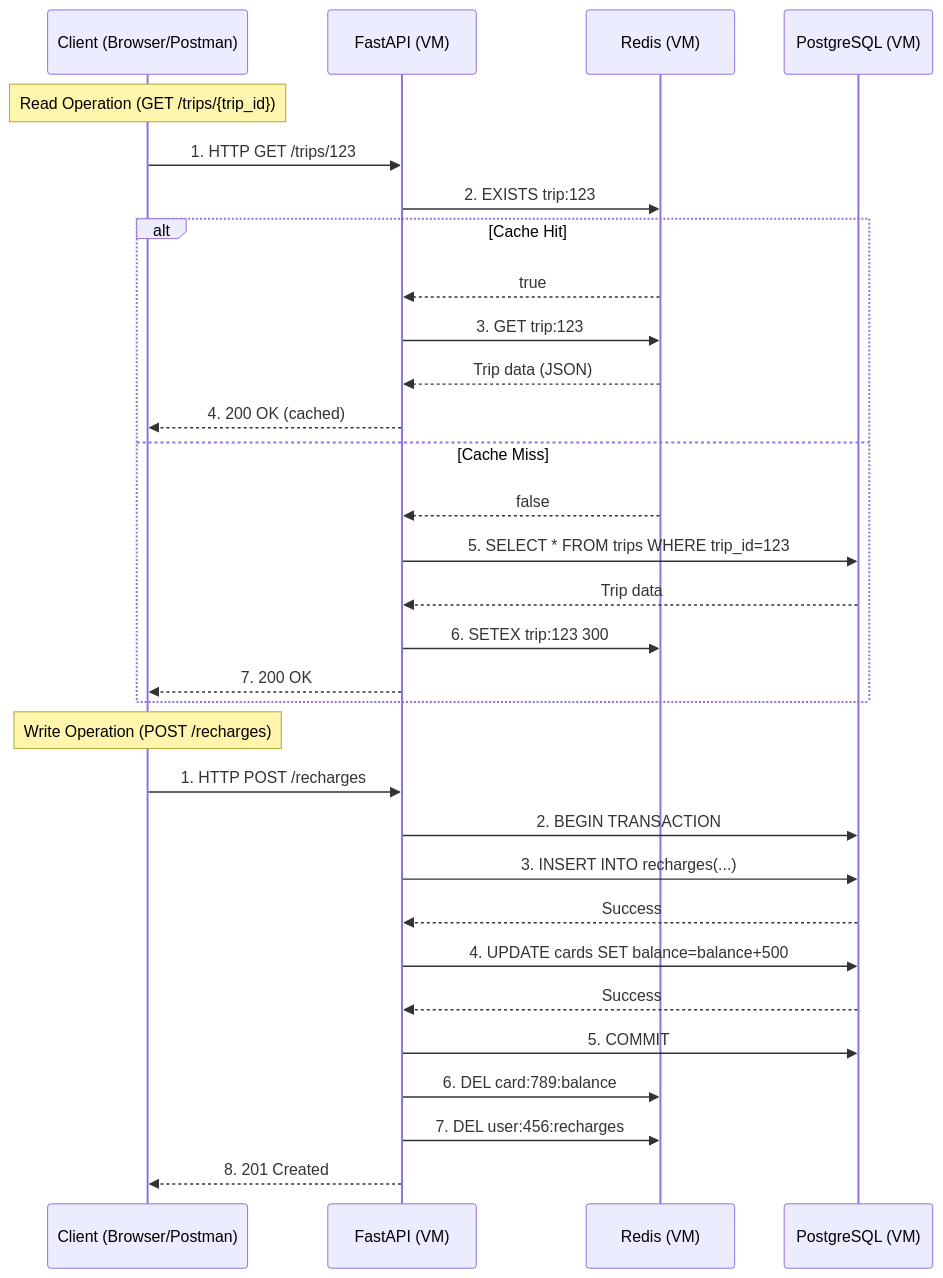
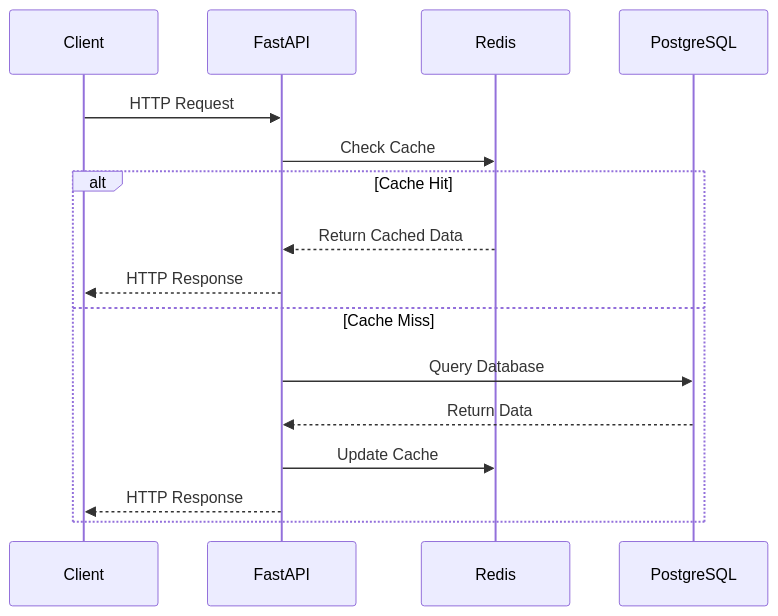
One commit to FreddyB200/sistema-recarga-viajes-backend changed the second of 2 diagrams in README.md. Above: the diagram before and after it, drawn with Mermaid. The commit also changed other lines of this file, not shown here.

````diff
--- a/README.md
+++ b/README.md
@@ -144,35 +64,19 @@
 ```mermaid
 sequenceDiagram
-    participant C as Client (Browser/Postman)
-    participant F as FastAPI (VM)
-    participant R as Redis (VM)
-    participant P as PostgreSQL (VM)
+    participant C as Client
+    participant F as FastAPI
+    participant R as Redis
+    participant P as PostgreSQL
 
-    Note over C: Read Operation (GET /trips/{trip_id})
-    C->>F: 1. HTTP GET /trips/123
-    F->>R: 2. EXISTS trip:123
+    C->>F: HTTP Request
+    F->>R: Check Cache
     alt Cache Hit
-        R-->>F: true
-        F->>R: 3. GET trip:123
-        R-->>F: Trip data (JSON)
-        F-->>C: 4. 200 OK (cached)
+        R-->>F: Return Cached Data
+        F-->>C: HTTP Response
     else Cache Miss
-        R-->>F: false
-        F->>P: 5. SELECT * FROM trips WHERE trip_id=123
-        P-->>F: Trip data
-        F->>R: 6. SETEX trip:123 300
-        F-->>C: 7. 200 OK
+        F->>P: Query Database
+        P-->>F: Return Data
+        F->>R: Update Cache
+        F-->>C: HTTP Response
     end
-
-    Note over C: Write Operation (POST /recharges)
-    C->>F: 1. HTTP POST /recharges
-    F->>P: 2. BEGIN TRANSACTION
-    F->>P: 3. INSERT INTO recharges(...)
-    P-->>F: Success
-    F->>P: 4. UPDATE cards SET balance=balance+500
-    P-->>F: Success
-    F->>P: 5. COMMIT
-    F->>R: 6. DEL card:789:balance
-    F->>R: 7. DEL user:456:recharges
-    F-->>C: 8. 201 Created
 ```
````
